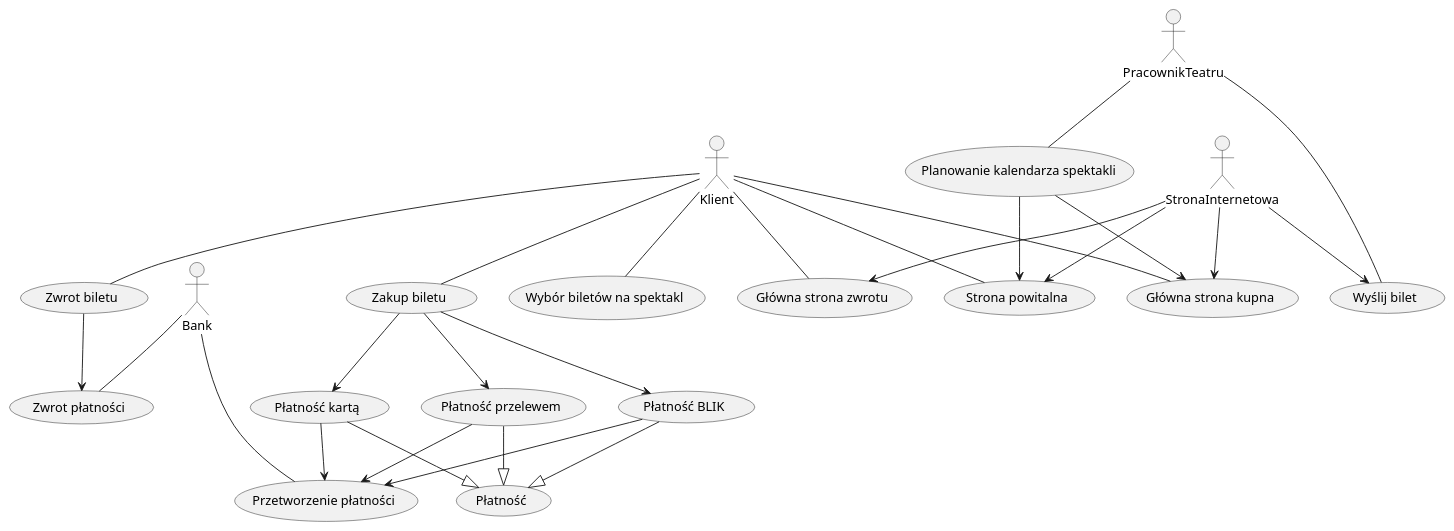
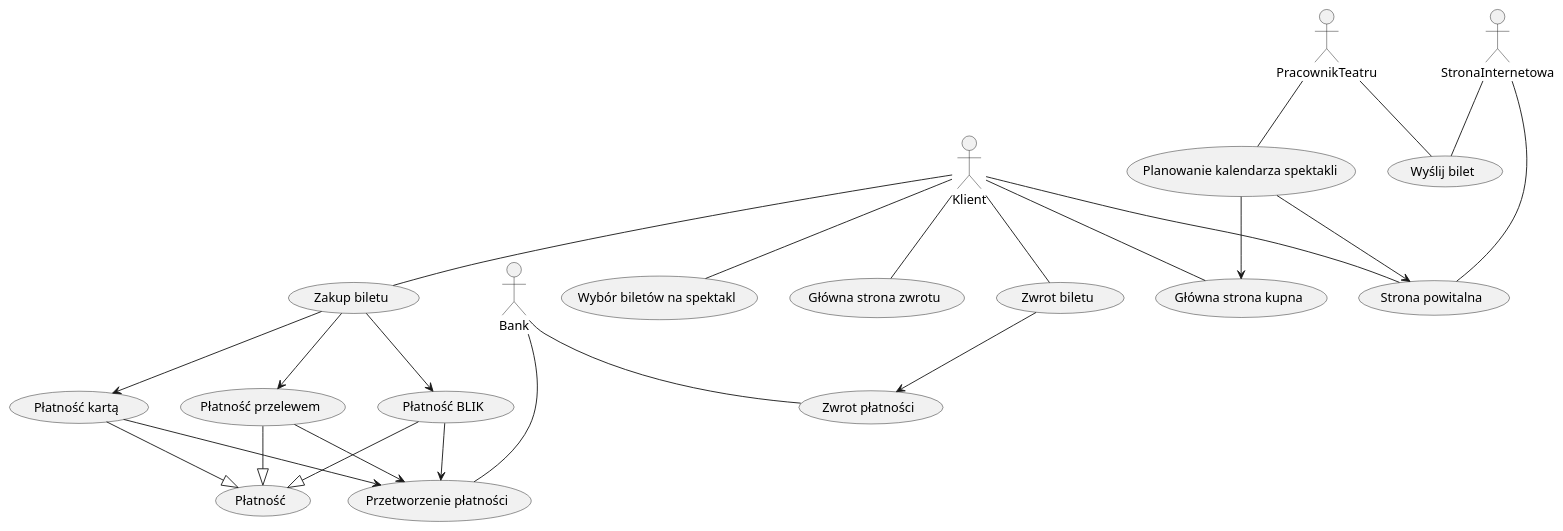
The diagram in use_case_diagram.plantuml (c4mp3r9/obiektowe), drawn with PlantUML before and after one commit. The commit also changed 3 other files, not shown here.

```diff
--- a/use_case_diagram.plantuml
+++ b/use_case_diagram.plantuml
@@ -1,61 +1,57 @@
 @startuml UseCaseDiagram
 
 actor "Klient"
 actor "StronaInternetowa"
 actor "Bank" 
 actor "PracownikTeatru"
 
 'Bank
 usecase (Płatność przelewem)
 usecase (Płatność BLIK)
 usecase (Płatność kartą)
 usecase (Przetworzenie płatności)
 usecase (Zwrot płatności)
 
 'Pracownik teatru
 usecase (Planowanie kalendarza spektakli)
 
 'Klient
 usecase (Zakup biletu)
 usecase (Zwrot biletu)
 usecase (Płatność)
 usecase (Wybór biletów na spektakl)
 
 'Strona internetowa
 usecase (Strona powitalna)
-usecase (Główna strona kupna)
-usecase (Główna strona zwrotu)
 usecase (Wyślij bilet)
 
 Klient -- (Wybór biletów na spektakl)
 
 Klient -- (Zakup biletu)
 (Zakup biletu) --> (Płatność przelewem)
 (Zakup biletu) --> (Płatność kartą)
 (Zakup biletu) --> (Płatność BLIK)
 (Płatność przelewem) --|> (Płatność)
 (Płatność kartą) --|> (Płatność)
 (Płatność BLIK) --|> (Płatność)
 (Płatność przelewem) --> (Przetworzenie płatności)
 (Płatność kartą) --> (Przetworzenie płatności)
 (Płatność BLIK) --> (Przetworzenie płatności)
 Klient -- (Zwrot biletu)
 (Zwrot biletu) --> (Zwrot płatności)
 
 Bank -- (Przetworzenie płatności)
 Bank -- (Zwrot płatności)
 
-StronaInternetowa --> (Strona powitalna)
-StronaInternetowa --> (Główna strona kupna)
-StronaInternetowa --> (Główna strona zwrotu)
-StronaInternetowa --> (Wyślij bilet)
+StronaInternetowa -- (Strona powitalna)
+StronaInternetowa -- (Wyślij bilet)
 Klient -- (Strona powitalna)
 Klient -- (Główna strona kupna)
 Klient -- (Główna strona zwrotu)
 
 PracownikTeatru -- (Planowanie kalendarza spektakli)
 (Planowanie kalendarza spektakli) --> (Główna strona kupna)
 (Planowanie kalendarza spektakli) --> (Strona powitalna)
 PracownikTeatru -- (Wyślij bilet)
 
 @enduml
```
